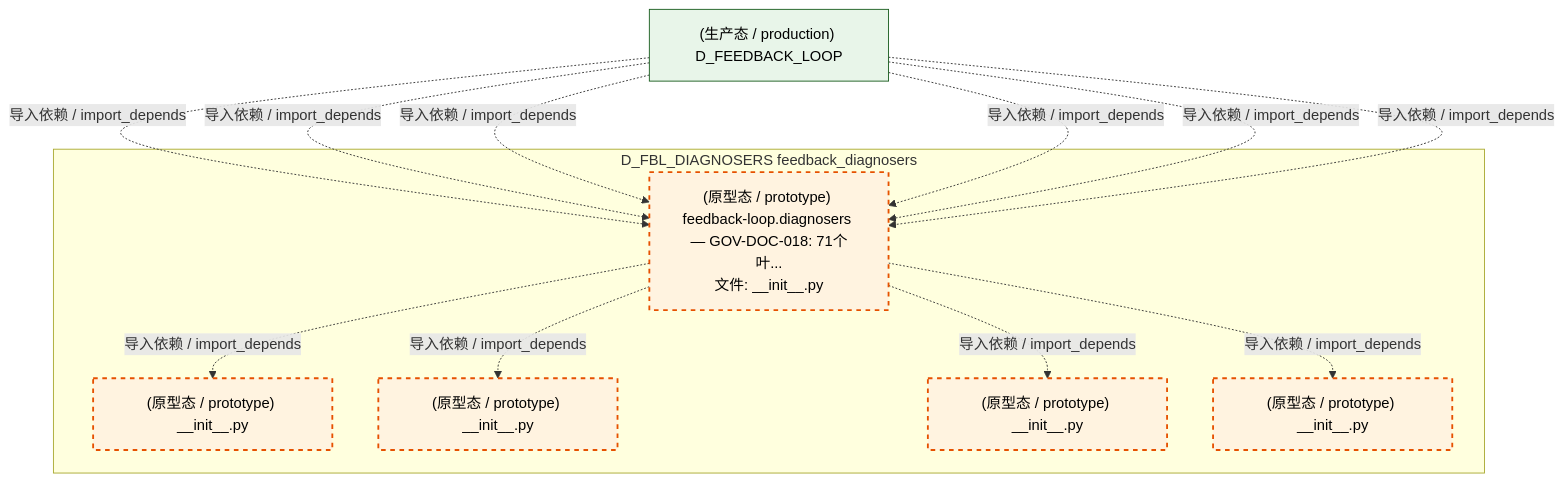
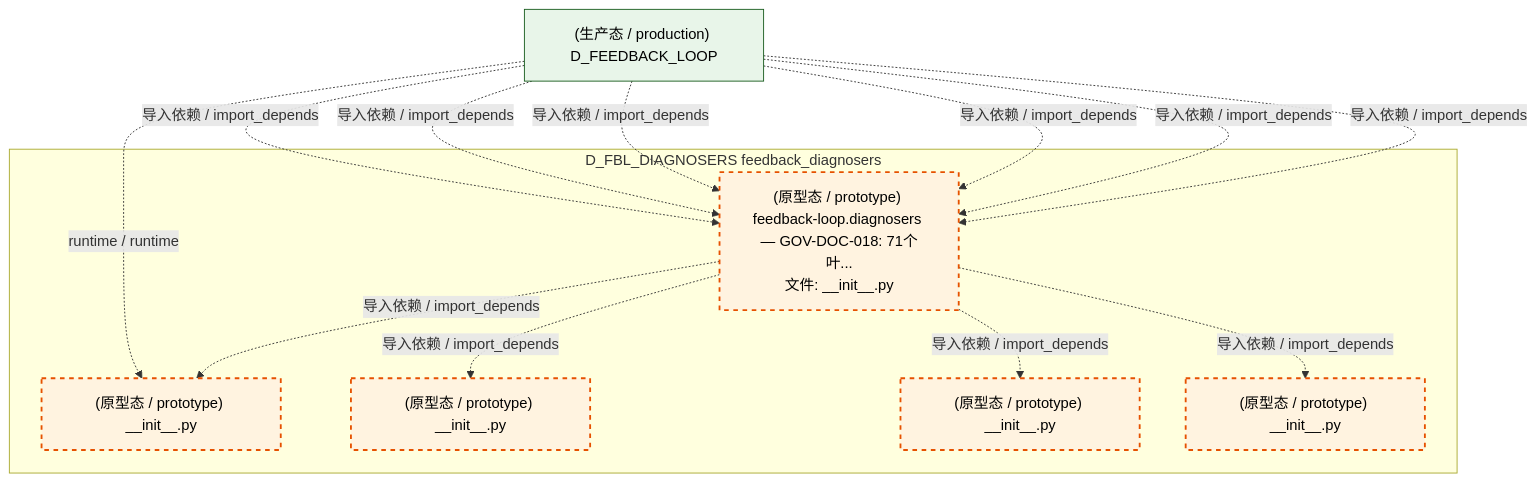
One commit to xuanFelixVan/ZephyrAlpha changed the fifth of 6 diagrams in docs/02_enterprise_architecture/02_domain_architecture_docs/12_d_fbl_diagnosers.md. Above: the diagram before and after it, drawn with Mermaid. The commit also changed other lines of this file and 126 other files, not shown here.

````diff
--- a/docs/02_enterprise_architecture/02_domain_architecture_docs/12_d_fbl_diagnosers.md
+++ b/docs/02_enterprise_architecture/02_domain_architecture_docs/12_d_fbl_diagnosers.md
@@ -444,27 +445,28 @@
 ```mermaid
 graph TD
     subgraph D_FBL_DIAGNOSERS["D_FBL_DIAGNOSERS feedback_diagnosers"]
         src_zephyr_feedback_loop_diagnosers_init_py["(原型态 / prototype) feedback-loop.diagnosers — GOV-DOC-018: 71个叶...<br/>文件: __init__.py"]
         src_zephyr_feedback_loop_diagnosers_cognitive_init_py["(原型态 / prototype) __init__.py"]
         src_zephyr_feedback_loop_diagnosers_diagnosis_init_py["(原型态 / prototype) __init__.py"]
         src_zephyr_feedback_loop_diagnosers_health_init_py["(原型态 / prototype) __init__.py"]
         src_zephyr_feedback_loop_diagnosers_reliability_init_py["(原型态 / prototype) __init__.py"]
     end
     src_zephyr_feedback_loop_diagnosers_init_py -.->|导入依赖 / import_depends| src_zephyr_feedback_loop_diagnosers_cognitive_init_py
     src_zephyr_feedback_loop_diagnosers_init_py -.->|导入依赖 / import_depends| src_zephyr_feedback_loop_diagnosers_diagnosis_init_py
     src_zephyr_feedback_loop_diagnosers_init_py -.->|导入依赖 / import_depends| src_zephyr_feedback_loop_diagnosers_health_init_py
     src_zephyr_feedback_loop_diagnosers_init_py -.->|导入依赖 / import_depends| src_zephyr_feedback_loop_diagnosers_reliability_init_py
     D_FEEDBACK_LOOP["(生产态 / production) D_FEEDBACK_LOOP"]
     D_FEEDBACK_LOOP -.->|导入依赖 / import_depends| src_zephyr_feedback_loop_diagnosers_init_py
     D_FEEDBACK_LOOP -.->|导入依赖 / import_depends| src_zephyr_feedback_loop_diagnosers_init_py
     D_FEEDBACK_LOOP -.->|导入依赖 / import_depends| src_zephyr_feedback_loop_diagnosers_init_py
     D_FEEDBACK_LOOP -.->|导入依赖 / import_depends| src_zephyr_feedback_loop_diagnosers_init_py
     D_FEEDBACK_LOOP -.->|导入依赖 / import_depends| src_zephyr_feedback_loop_diagnosers_init_py
     D_FEEDBACK_LOOP -.->|导入依赖 / import_depends| src_zephyr_feedback_loop_diagnosers_init_py
+    D_FEEDBACK_LOOP -.->|runtime / runtime| src_zephyr_feedback_loop_diagnosers_cognitive_init_py
     classDef production fill:#e1f5fe,stroke:#01579b,stroke-width:2px,color:#000
     classDef design fill:#fff3e0,stroke:#e65100,stroke-width:2px,color:#000,stroke-dasharray: 5 5
     classDef external_prod fill:#e8f5e9,stroke:#1b5e20,stroke-width:1px,color:#000
     classDef external_design fill:#fce4ec,stroke:#880e4f,stroke-width:1px,color:#000,stroke-dasharray: 5 5
     class src_zephyr_feedback_loop_diagnosers_init_py,src_zephyr_feedback_loop_diagnosers_cognitive_init_py,src_zephyr_feedback_loop_diagnosers_diagnosis_init_py,src_zephyr_feedback_loop_diagnosers_health_init_py,src_zephyr_feedback_loop_diagnosers_reliability_init_py design
     class D_FEEDBACK_LOOP external_prod
 ```
````
